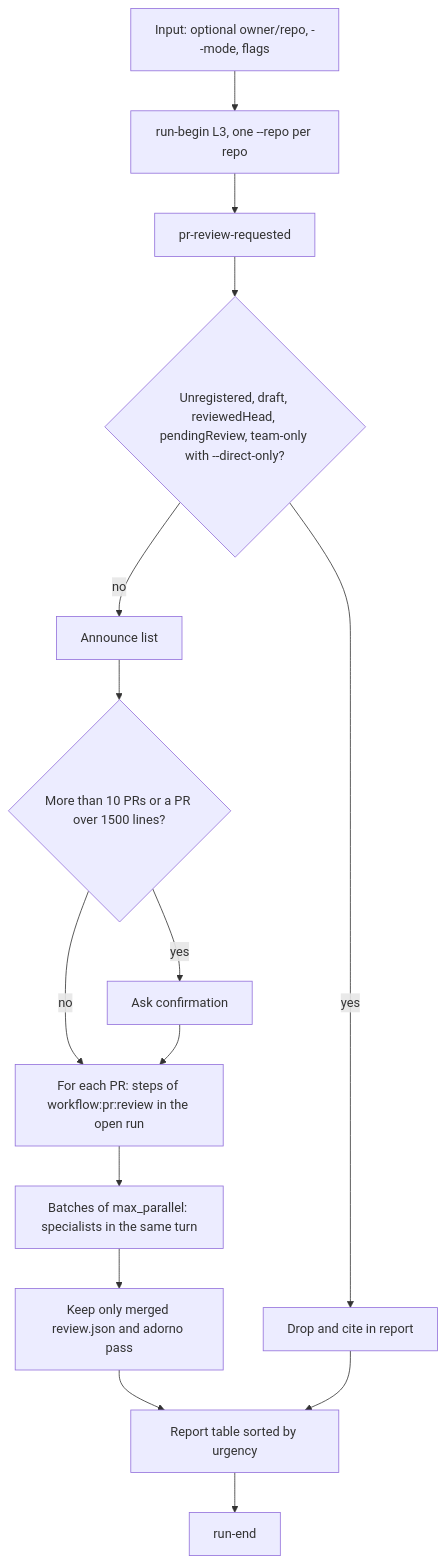
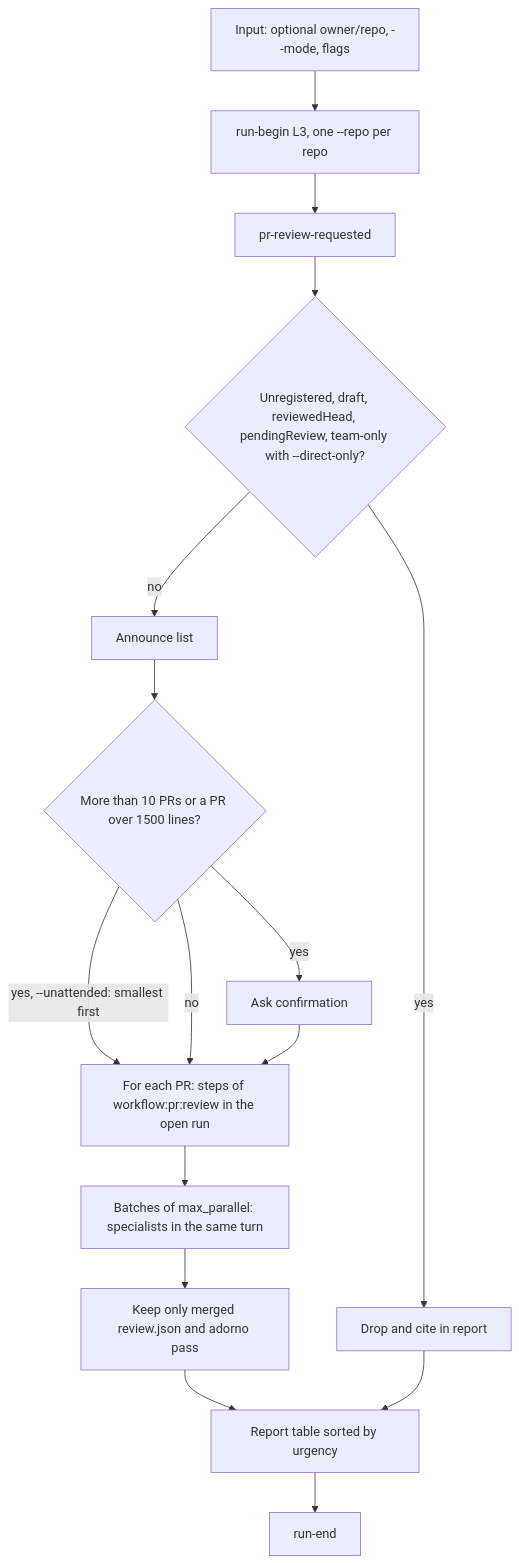
The second of 2 diagrams in src/workflows/review/SCHEMA.md (nicolasmondain/adorno), drawn with Mermaid before and after one commit. The commit also changed 23 other files, not shown here.

````diff
--- a/src/workflows/review/SCHEMA.md
+++ b/src/workflows/review/SCHEMA.md
@@ -30,17 +30,18 @@
 ```mermaid
 flowchart TD
   A["Input: optional owner/repo, --mode, flags"] --> B["run-begin L3, one --repo per repo"]
   B --> C["pr-review-requested"]
   C --> D{"Unregistered, draft, reviewedHead, pendingReview, team-only with --direct-only?"}
   D -->|"yes"| E["Drop and cite in report"]
   D -->|"no"| F["Announce list"]
   F --> G{"More than 10 PRs or a PR over 1500 lines?"}
   G -->|"yes"| H["Ask confirmation"]
+  G -->|"yes, --unattended: smallest first"| I
   G -->|"no"| I["For each PR: steps of workflow:pr:review in the open run"]
   H --> I
   I --> J["Batches of max_parallel: specialists in the same turn"]
   J --> K["Keep only merged review.json and adorno pass"]
   K --> L["Report table sorted by urgency"]
   E --> L
   L --> M["run-end"]
 ```
````
